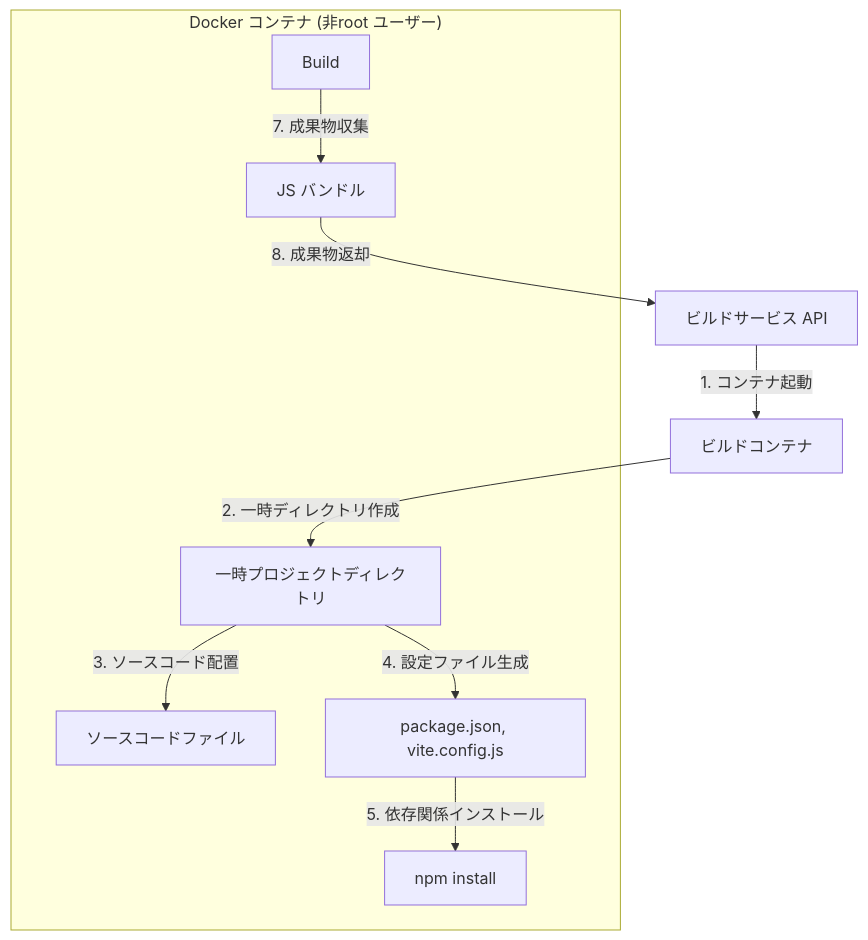
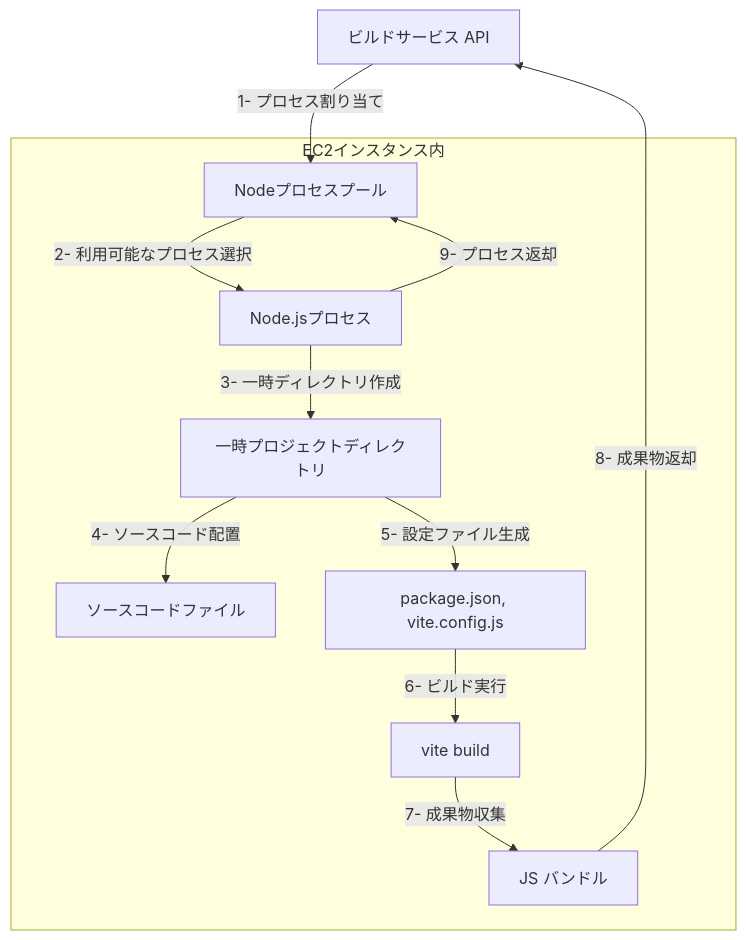
One commit to shiftplus-corp-homan-keisuke/artifact changed the second of 9 diagrams in 詳細設計書.md. Above: the diagram before and after it, drawn with Mermaid. The commit also changed other lines of this file and 3 other files, not shown here.

First line of the commit message:
feat: Implement container pool for build process optimization

````diff
--- a/詳細設計書.md
+++ b/詳細設計書.md
@@ -32,19 +37,22 @@
 ```mermaid
 flowchart TB
-    BuildService[ビルドサービス API] --> |1. コンテナ起動| Container[ビルドコンテナ]
-    Container --> |2. 一時ディレクトリ作成| TempDir[一時プロジェクトディレクトリ]
-    TempDir --> |3. ソースコード配置| SourceCode[ソースコードファイル]
-    TempDir --> |4. 設定ファイル生成| ConfigFiles[package.json, vite.config.js]
-    ConfigFiles --> |5. 依存関係インストール| Dependencies[npm install]
-    Build --> |7. 成果物収集| Artifact[JS バンドル]
-    Artifact --> |8. 成果物返却| BuildService
-    
-    subgraph "Docker コンテナ (非root ユーザー)"
+    BuildService[ビルドサービス API] --> |1- プロセス割り当て| ProcessPool[Nodeプロセスプール]
+    ProcessPool --> |2- 利用可能なプロセス選択| NodeProcess[Node.jsプロセス]
+    NodeProcess --> |3- 一時ディレクトリ作成| TempDir[一時プロジェクトディレクトリ]
+    TempDir --> |4- ソースコード配置| SourceCode[ソースコードファイル]
+    TempDir --> |5- 設定ファイル生成| ConfigFiles[package.json, vite.config.js]
+    ConfigFiles --> |6- ビルド実行| Build[vite build]
+    Build --> |7- 成果物収集| Artifact[JS バンドル]
+    Artifact --> |8- 成果物返却| BuildService
+    NodeProcess --> |9- プロセス返却| ProcessPool
+
+    subgraph "EC2インスタンス内"
+        ProcessPool
+        NodeProcess
         TempDir
         SourceCode
         ConfigFiles
-        Dependencies
         Build
         Artifact
     end
 ```
````
